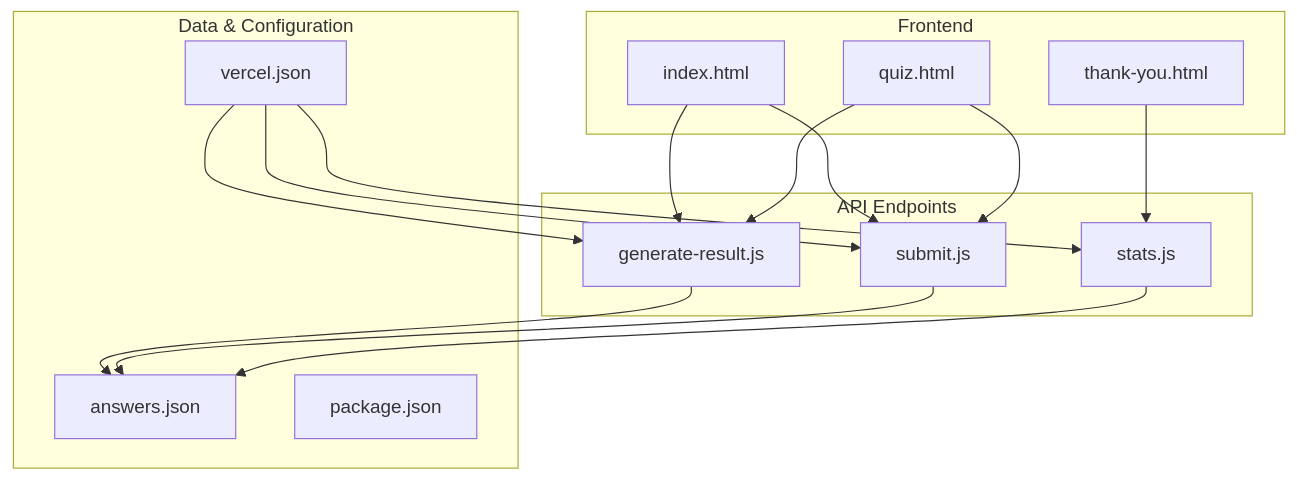
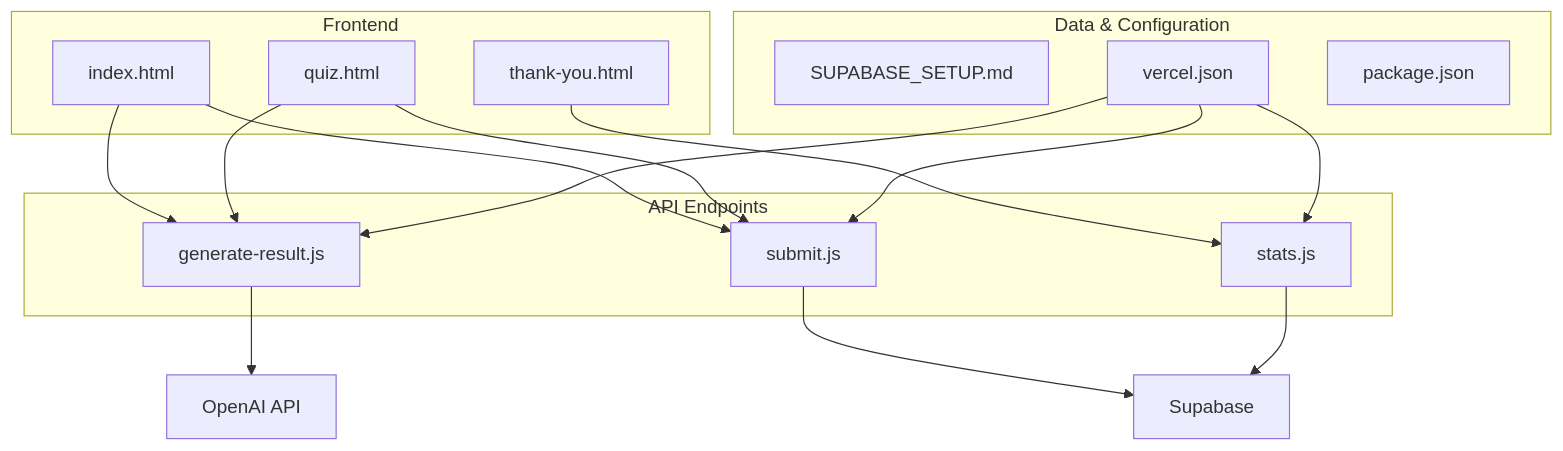
One commit to lommaks777/alena changed the first of 6 diagrams in .qoder/repowiki/en/content/Backend Architecture/Backend Architecture.md. Above: the diagram before and after it, drawn with Mermaid. The commit also changed other lines of this file and 19 other files, not shown here.

````diff
--- a/.qoder/repowiki/en/content/Backend Architecture/Backend Architecture.md
+++ b/.qoder/repowiki/en/content/Backend Architecture/Backend Architecture.md
@@ -31,29 +40,29 @@
 ```mermaid
 graph TD
 subgraph "API Endpoints"
 A[generate-result.js]
 B[submit.js]
 C[stats.js]
 end
 subgraph "Data & Configuration"
-D[answers.json]
+D[SUPABASE_SETUP.md]
 E[vercel.json]
 F[package.json]
 end
 subgraph "Frontend"
 G[index.html]
 H[quiz.html]
 I[thank-you.html]
 end
-A --> D
-B --> D
-C --> D
+A --> O[OpenAI API]
+B --> S[Supabase]
+C --> S[Supabase]
 G --> A
 G --> B
 H --> A
 H --> B
 I --> C
 E --> A
 E --> B
 E --> C
 ```
````
